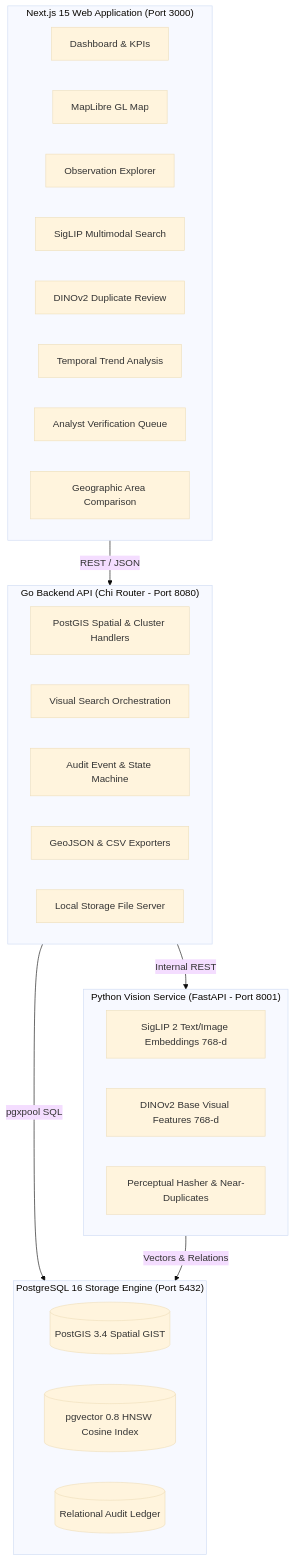
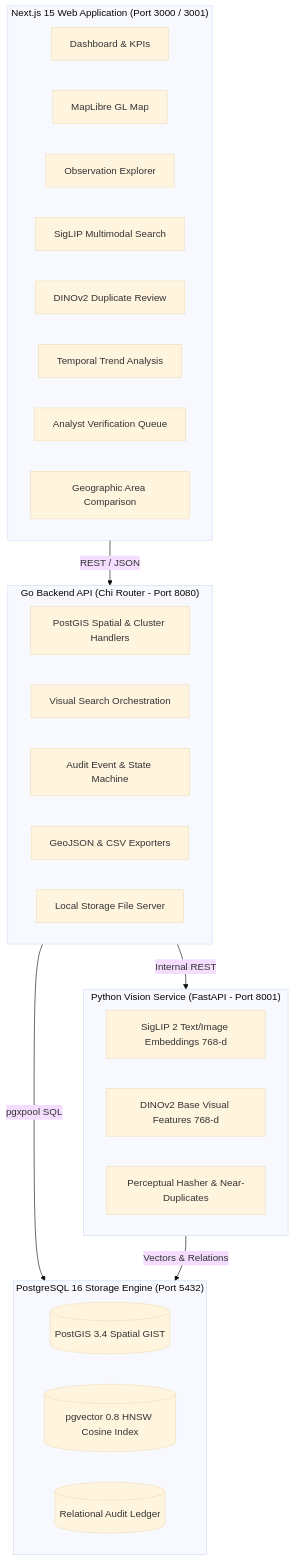
One commit to ranajahanzaib/urban-infrastructure-auditor changed the first of 3 diagrams in README.md. Above: the diagram before and after it, drawn with Mermaid (base theme). The commit also changed other lines of this file and 13 other files, not shown here.

````diff
--- a/README.md
+++ b/README.md
@@ -49,38 +104,38 @@
 ```mermaid
 flowchart TD
-    subgraph UI ["Next.js 15 Web Application (Port 3000)"]
+    subgraph UI ["Next.js 15 Web Application (Port 3000 / 3001)"]
         Dash[Dashboard & KPIs]
         Map[MapLibre GL Map]
         Obs[Observation Explorer]
         VSearch[SigLIP Multimodal Search]
         Sim[DINOv2 Duplicate Review]
         Time[Temporal Trend Analysis]
         Rev[Analyst Verification Queue]
         Comp[Geographic Area Comparison]
     end
 
     subgraph API ["Go Backend API (Chi Router - Port 8080)"]
         SpatialH[PostGIS Spatial & Cluster Handlers]
         SearchH[Visual Search Orchestration]
         ReviewH[Audit Event & State Machine]
         ExportH[GeoJSON & CSV Exporters]
         ImageH[Local Storage File Server]
     end
 
     subgraph ML ["Python Vision Service (FastAPI - Port 8001)"]
         SigLIP[SigLIP 2 Text/Image Embeddings 768-d]
         DINO[DINOv2 Base Visual Features 768-d]
         pHash[Perceptual Hasher & Near-Duplicates]
     end
 
     subgraph Data ["PostgreSQL 16 Storage Engine (Port 5432)"]
         PostGIS[(PostGIS 3.4 Spatial GIST)]
         pgvector[(pgvector 0.8 HNSW Cosine Index)]
         Ledger[(Relational Audit Ledger)]
     end
 
     UI -->|REST / JSON| API
     API -->|Internal REST| ML
     API -->|pgxpool SQL| Data
     ML -->|Vectors & Relations| Data
 ```
````
